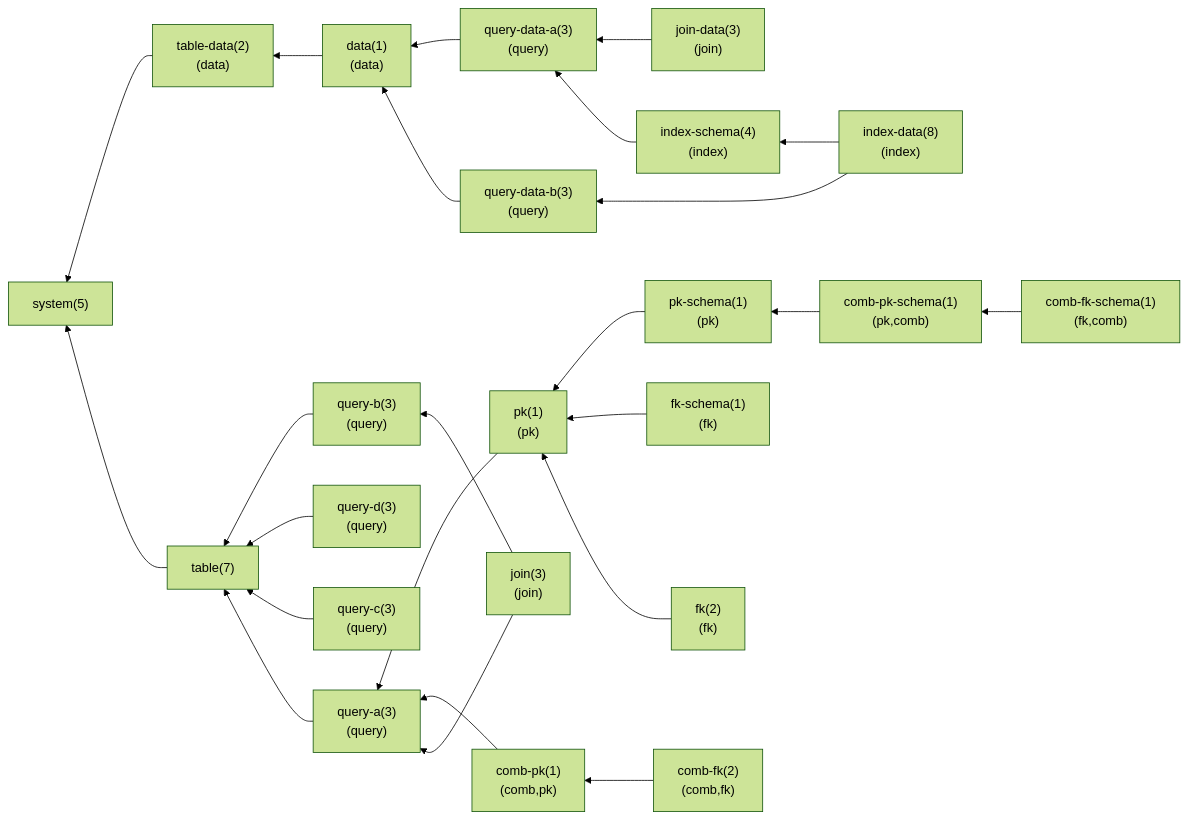
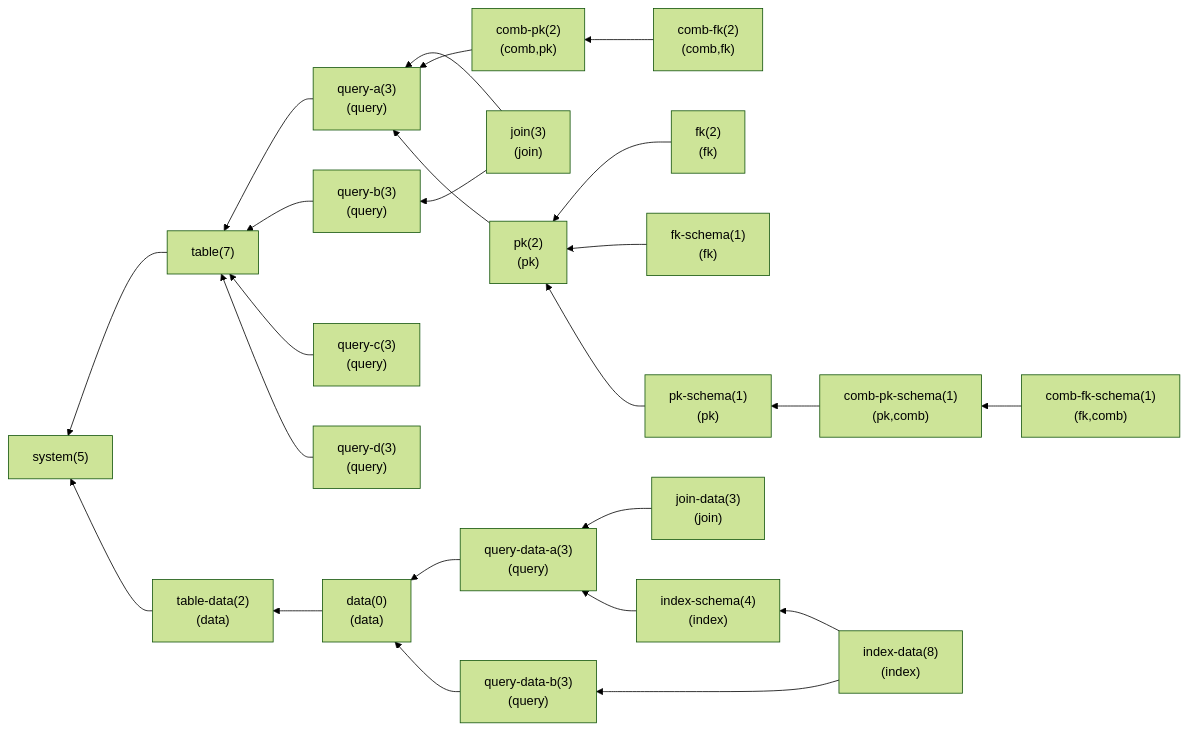
The first of 2 diagrams in docs/ci.md (thu-db/dbs-tutorial), drawn with Mermaid (forest theme) before and after one commit. The commit also changed other lines of this file, not shown here.

Commit message:
Update dbs-testcase related description

````diff
--- a/docs/ci.md
+++ b/docs/ci.md
@@ -33,68 +33,48 @@
 ```mermaid
 flowchart RL
-    data["data(1)
-(data)"]
-    pk["pk(1)
-(pk)"]
-    query-b["query-b(3)
-(query)"]
-    comb-pk["comb-pk(1)
-(comb,pk)"]
-    query-d["query-d(3)
-(query)"]
-    comb-fk-schema["comb-fk-schema(1)
-(fk,comb)"]
-    index-data["index-data(8)
-(index)"]
-    pk-schema["pk-schema(1)
-(pk)"]
-    query-c["query-c(3)
-(query)"]
-    fk-schema["fk-schema(1)
-(fk)"]
-    comb-pk-schema["comb-pk-schema(1)
-(pk,comb)"]
-    join["join(3)
-(join)"]
-    join-data["join-data(3)
-(join)"]
-    query-a["query-a(3)
-(query)"]
-    table-data["table-data(2)
-(data)"]
-    query-data-a["query-data-a(3)
-(query)"]
     system["system(5)"]
-    fk["fk(2)
-(fk)"]
-    index-schema["index-schema(4)
-(index)"]
-    comb-fk["comb-fk(2)
-(comb,fk)"]
-    query-data-b["query-data-b(3)
-(query)"]
     table["table(7)"]
-    data --> table-data
-    pk --> query-a
-    query-b --> table
-    comb-pk --> query-a
-    query-d --> table
-    comb-fk-schema --> comb-pk-schema
+    index-data["index-data(8)\n(index)"]
+    data["data(0)\n(data)"]
+    table-data["table-data(2)\n(data)"]
+    query-a["query-a(3)\n(query)"]
+    query-b["query-b(3)\n(query)"]
+    query-c["query-c(3)\n(query)"]
+    query-d["query-d(3)\n(query)"]
+    query-data-a["query-data-a(3)\n(query)"]
+    query-data-b["query-data-b(3)\n(query)"]
+    join-data["join-data(3)\n(join)"]
+    join["join(3)\n(join)"]
+    comb-pk["comb-pk(2)\n(comb,pk)"]
+    pk["pk(2)\n(pk)"]
+    comb-fk["comb-fk(2)\n(comb,fk)"]
+    fk["fk(2)\n(fk)"]
+    comb-fk-schema["comb-fk-schema(1)\n(fk,comb)"]
+    comb-pk-schema["comb-pk-schema(1)\n(pk,comb)"]
+    fk-schema["fk-schema(1)\n(fk)"]
+    pk-schema["pk-schema(1)\n(pk)"]
+    index-schema["index-schema(4)\n(index)"]
+    table --> system
     index-data --> query-data-b
     index-data --> index-schema
-    pk-schema --> pk
+    data --> table-data
+    table-data --> system
+    query-a --> table
+    query-b --> table
     query-c --> table
-    fk-schema --> pk
-    comb-pk-schema --> pk-schema
+    query-d --> table
+    query-data-a --> data
+    query-data-b --> data
+    join-data --> query-data-a
     join --> query-a
     join --> query-b
-    join-data --> query-data-a
-    query-a --> table
-    table-data --> system
-    query-data-a --> data
+    comb-pk --> query-a
+    pk --> query-a
+    comb-fk --> comb-pk
     fk --> pk
+    comb-fk-schema --> comb-pk-schema
+    comb-pk-schema --> pk-schema
+    fk-schema --> pk
+    pk-schema --> pk
     index-schema --> query-data-a
-    comb-fk --> comb-pk
-    query-data-b --> data
-    table --> system
 ```
````
